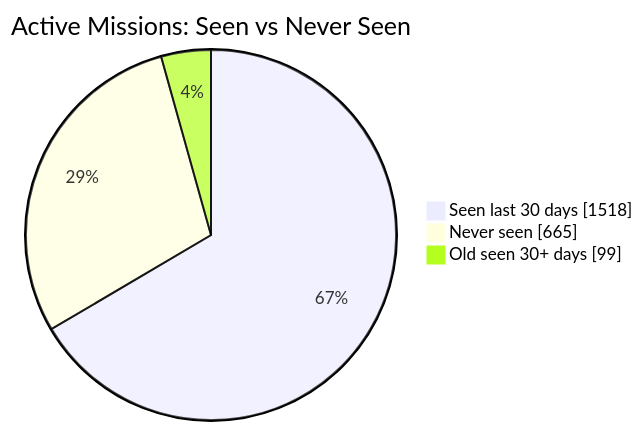
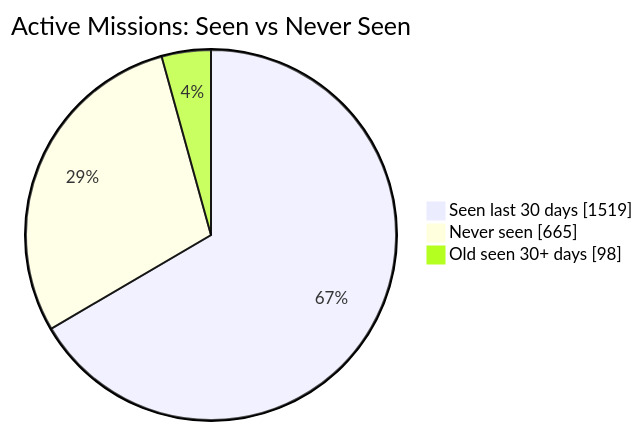
One commit to MeldkamerspelGameTeam/active-missions changed the first of 2 diagrams in README.md. Above: the diagram before and after it, drawn with Mermaid. The commit also changed other lines of this file and 2 other files, not shown here.

````diff
--- a/README.md
+++ b/README.md
@@ -34,7 +34,7 @@
 ```mermaid
 pie showData
     title Active Missions: Seen vs Never Seen
-    "Seen last 30 days" : 1518
+    "Seen last 30 days" : 1519
     "Never seen" : 665
-    "Old seen 30+ days" : 99
+    "Old seen 30+ days" : 98
 ```
````
